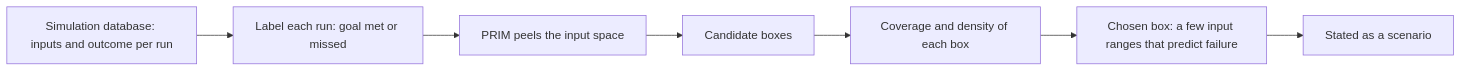
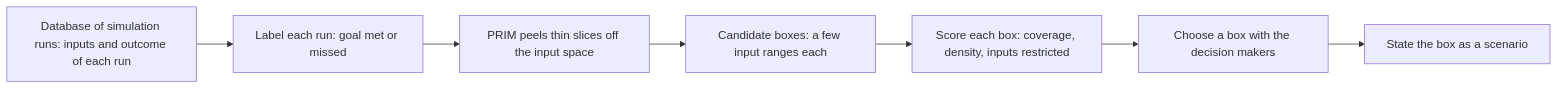
The diagram in content/Phase II/Wiki/Collections/Supplementary Research Papers/2010 Scenario Discovery.md (bonding-curves/avalanche-phase-ii-research), drawn with Mermaid before and after one commit. The commit also changed other lines of this file and 27 other files, not shown here.

````diff
--- a/content/Phase II/Wiki/Collections/Supplementary Research Papers/2010 Scenario Discovery.md
+++ b/content/Phase II/Wiki/Collections/Supplementary Research Papers/2010 Scenario Discovery.md
@@ -18,9 +16,9 @@
 ```mermaid
 flowchart LR
-  S["Simulation database: inputs and outcome per run"] --> L["Label each run: goal met or missed"]
-  L --> P["PRIM peels the input space"]
-  P --> B["Candidate boxes"]
-  B --> CD["Coverage and density of each box"]
-  CD --> K["Chosen box: a few input ranges that predict failure"]
-  K --> N["Stated as a scenario"]
+  S["Database of simulation runs: inputs and outcome of each run"] --> L["Label each run: goal met or missed"]
+  L --> P["PRIM peels thin slices off the input space"]
+  P --> B["Candidate boxes: a few input ranges each"]
+  B --> CD["Score each box: coverage, density, inputs restricted"]
+  CD --> K["Choose a box with the decision makers"]
+  K --> N["State the box as a scenario"]
 ```
````
